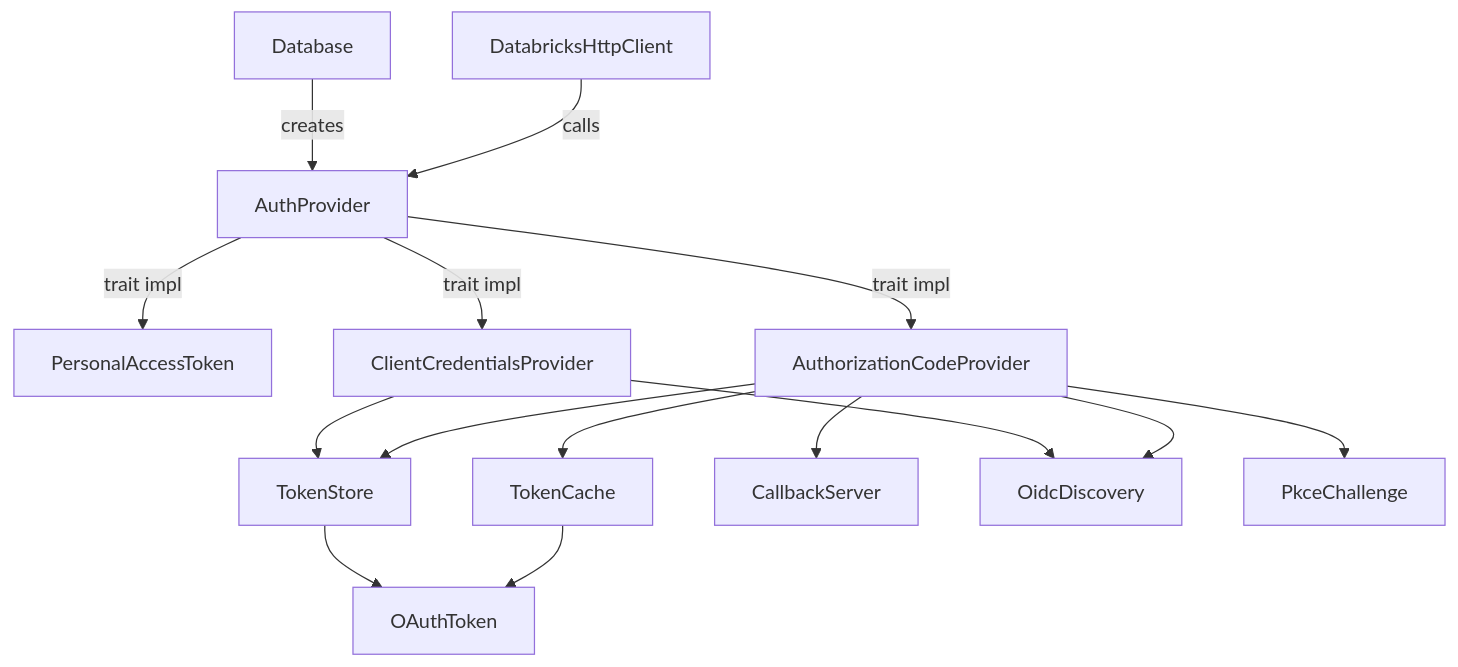
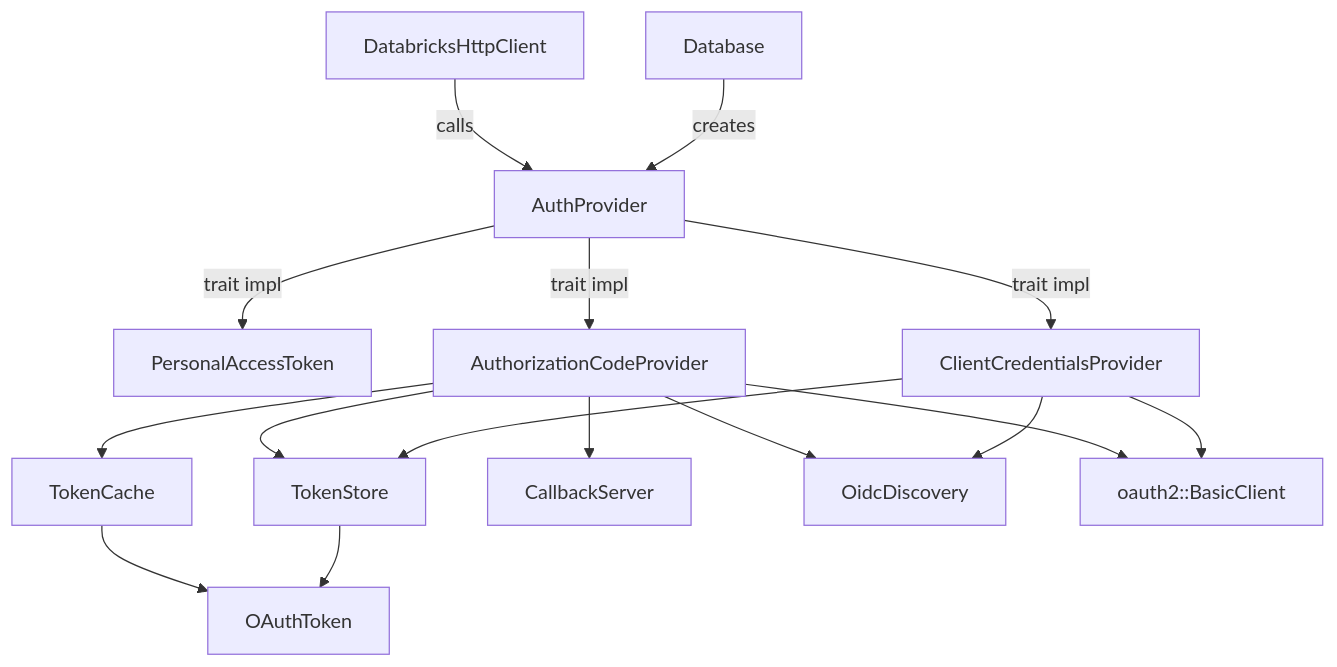
One commit to adbc-drivers/databricks changed the first of 5 diagrams in rust/docs/designs/oauth-u2m-m2m-design.md. Above: the diagram before and after it, drawn with Mermaid. The commit also changed other lines of this file, not shown here.

First line of the commit message:
docs: adopt oauth2 crate and unified HTTP client in design

````diff
--- a/rust/docs/designs/oauth-u2m-m2m-design.md
+++ b/rust/docs/designs/oauth-u2m-m2m-design.md
@@ -26,21 +26,23 @@
 ```mermaid
 graph TD
     DB[Database] -->|creates| AP[AuthProvider]
     AP -->|trait impl| PAT[PersonalAccessToken]
     AP -->|trait impl| M2M[ClientCredentialsProvider]
     AP -->|trait impl| U2M[AuthorizationCodeProvider]
 
     M2M --> TS[TokenStore]
     U2M --> TS
     U2M --> TC[TokenCache]
     U2M --> CB[CallbackServer]
 
     M2M --> OIDC[OidcDiscovery]
     U2M --> OIDC
-    U2M --> PKCE[PkceChallenge]
+
+    M2M --> OC[oauth2::BasicClient]
+    U2M --> OC
 
     TS --> TK[OAuthToken]
     TC --> TK
 
     HC[DatabricksHttpClient] -->|calls| AP
 ```
````
